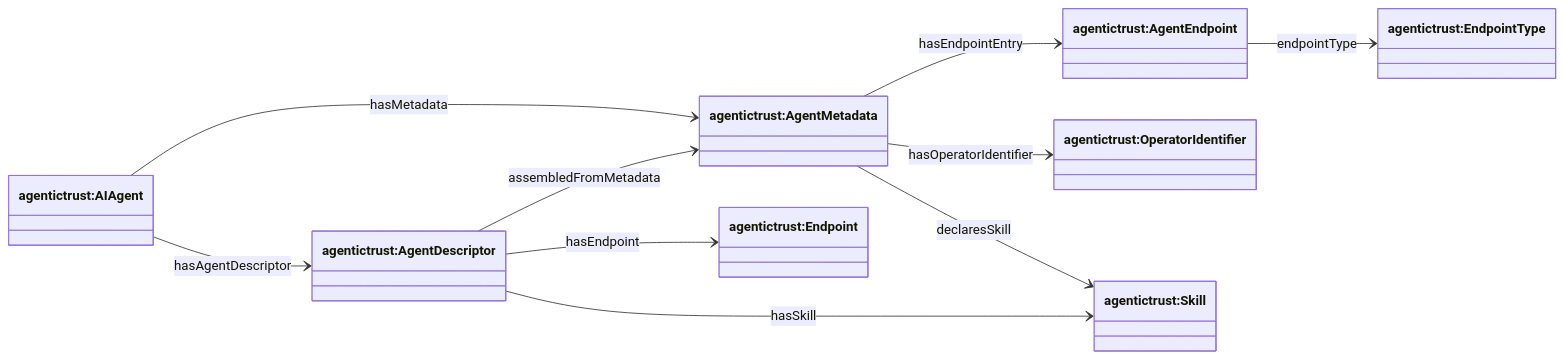
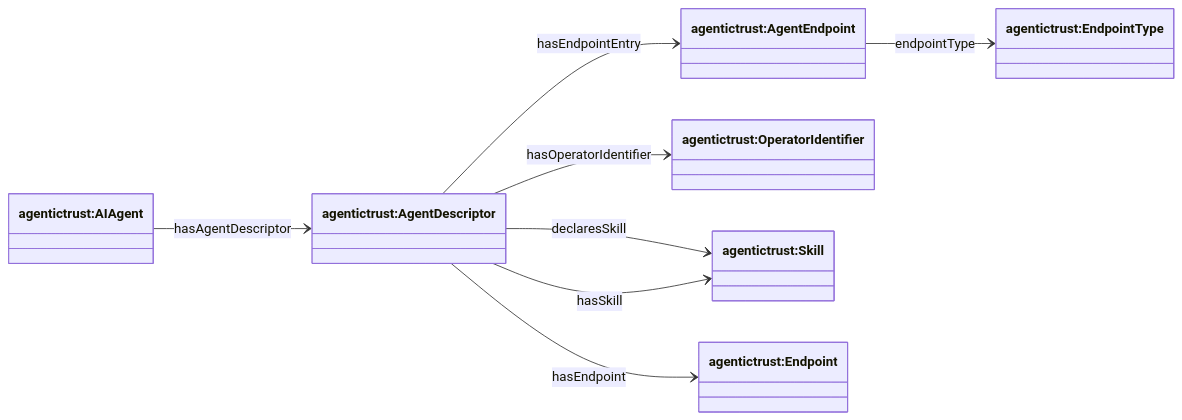
Before and after one commit to Agentic-Trust-Layer/agent-explorer: the second of 2 diagrams in docs/ontology/description.md, drawn with Mermaid. The commit also changed other lines of this file and 29 other files, not shown here.

````diff
--- a/docs/ontology/description.md
+++ b/docs/ontology/description.md
@@ -41,25 +39,22 @@
 ```mermaid
 classDiagram
 direction LR
 
 class AIAgent["agentictrust:AIAgent"]
-class AgentMetadata["agentictrust:AgentMetadata"]
 class AgentEndpoint["agentictrust:AgentEndpoint"]
 class EndpointType["agentictrust:EndpointType"]
 class OperatorIdentifier["agentictrust:OperatorIdentifier"]
 class AgentDescriptor["agentictrust:AgentDescriptor"]
 class Skill["agentictrust:Skill"]
 class Endpoint["agentictrust:Endpoint"]
 
-AIAgent --> AgentMetadata : hasMetadata
 AIAgent --> AgentDescriptor : hasAgentDescriptor
-AgentDescriptor --> AgentMetadata : assembledFromMetadata
 
-AgentMetadata --> AgentEndpoint : hasEndpointEntry
+AgentDescriptor --> AgentEndpoint : hasEndpointEntry
 AgentEndpoint --> EndpointType : endpointType
-AgentMetadata --> OperatorIdentifier : hasOperatorIdentifier
+AgentDescriptor --> OperatorIdentifier : hasOperatorIdentifier
 
-AgentMetadata --> Skill : declaresSkill
+AgentDescriptor --> Skill : declaresSkill
 AgentDescriptor --> Skill : hasSkill
 AgentDescriptor --> Endpoint : hasEndpoint
 ```
````
